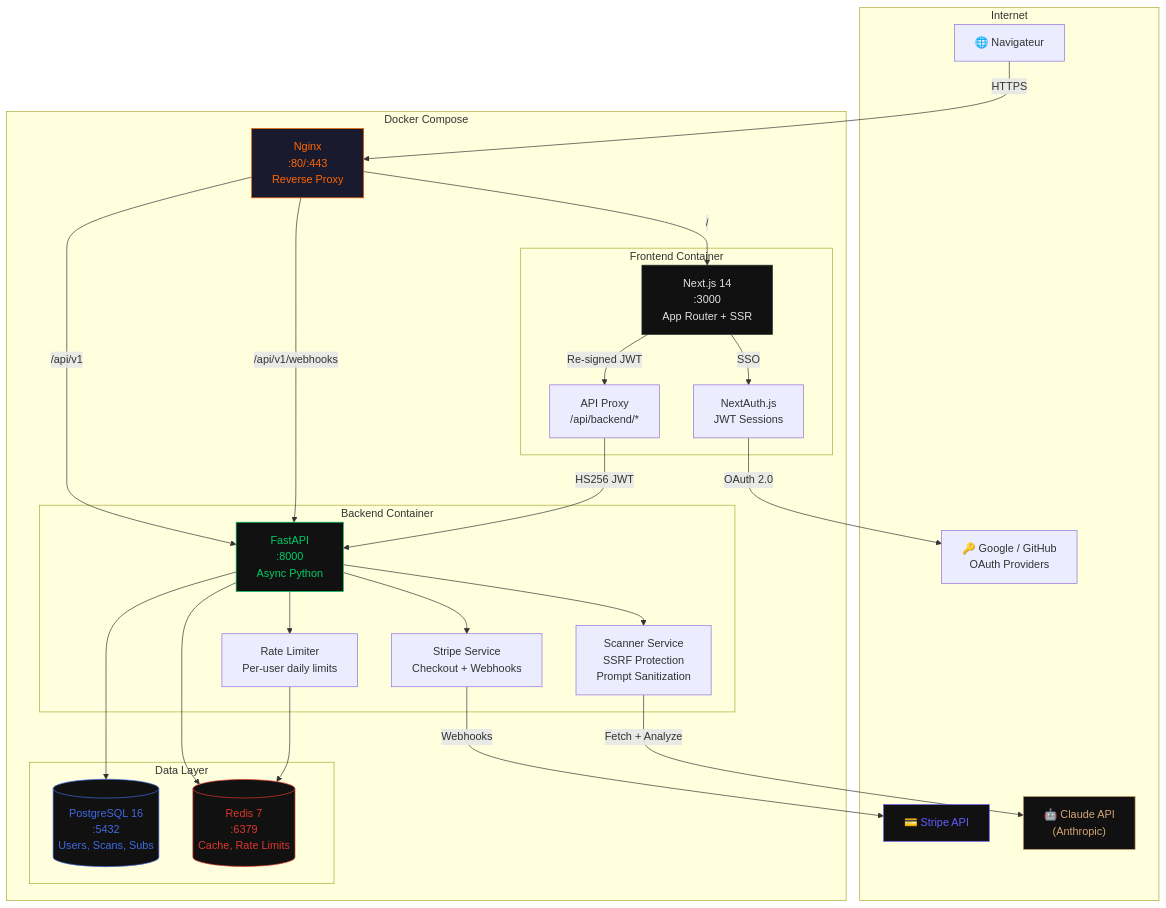
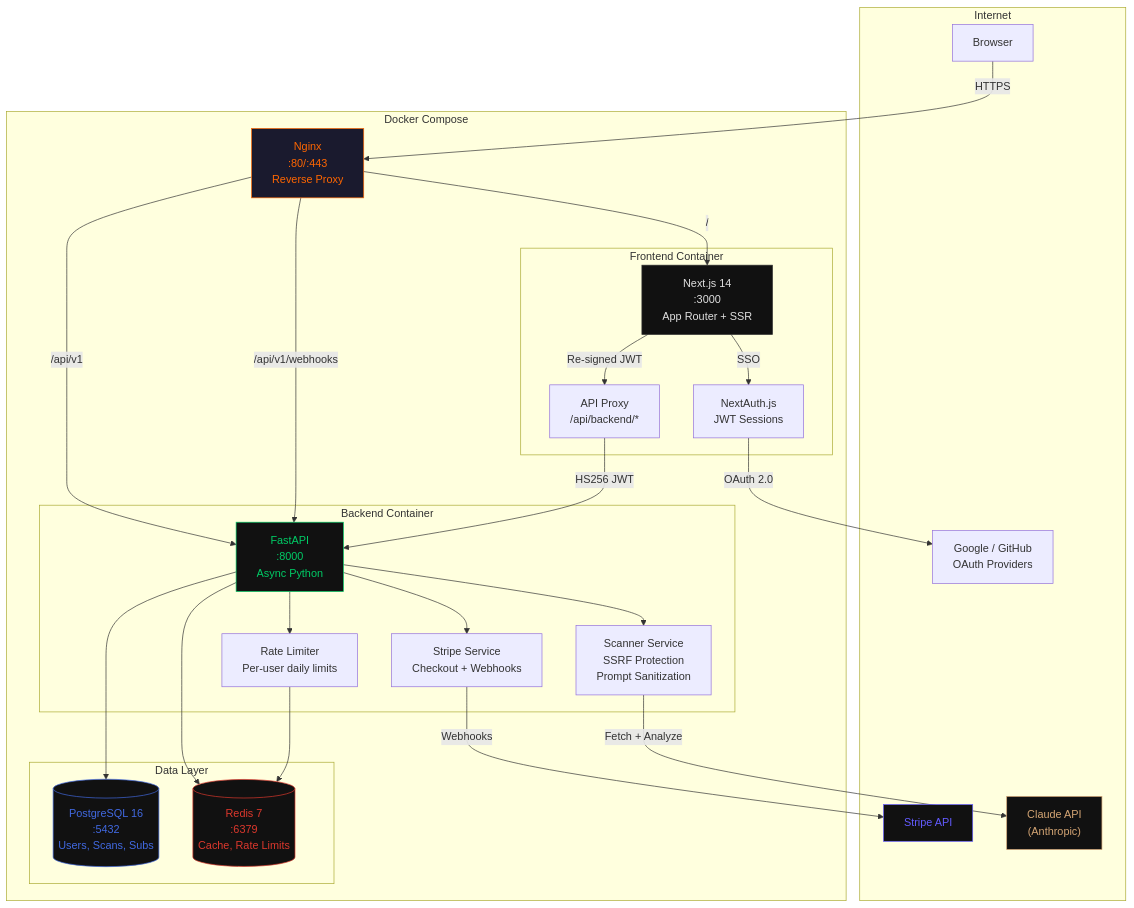
The first of 9 diagrams in docs/ARCHITECTURE.md (nabz0r/deadinternet.report), drawn with Mermaid before and after one commit. The commit also changed other lines of this file and 17 other files, not shown here.

````diff
--- a/docs/ARCHITECTURE.md
+++ b/docs/ARCHITECTURE.md
@@ -9,60 +9,60 @@
 ```mermaid
 graph TB
     subgraph Internet
-        Browser["🌐 Navigateur"]
-        Stripe["💳 Stripe API"]
-        Claude["🤖 Claude API<br/>(Anthropic)"]
-        OAuth["🔑 Google / GitHub<br/>OAuth Providers"]
+        Browser["Browser"]
+        Stripe["Stripe API"]
+        Claude["Claude API<br/>(Anthropic)"]
+        OAuth["Google / GitHub<br/>OAuth Providers"]
     end
 
     subgraph Docker["Docker Compose"]
         Nginx["Nginx<br/>:80/:443<br/>Reverse Proxy"]
 
         subgraph Frontend["Frontend Container"]
             Next["Next.js 14<br/>:3000<br/>App Router + SSR"]
             NextAuth["NextAuth.js<br/>JWT Sessions"]
             Proxy["API Proxy<br/>/api/backend/*"]
         end
 
         subgraph Backend["Backend Container"]
             FastAPI["FastAPI<br/>:8000<br/>Async Python"]
             Scanner["Scanner Service<br/>SSRF Protection<br/>Prompt Sanitization"]
             StripeService["Stripe Service<br/>Checkout + Webhooks"]
             RateLimiter["Rate Limiter<br/>Per-user daily limits"]
         end
 
         subgraph Data["Data Layer"]
             PG[("PostgreSQL 16<br/>:5432<br/>Users, Scans, Subs")]
             Redis[("Redis 7<br/>:6379<br/>Cache, Rate Limits")]
         end
     end
 
     Browser -->|HTTPS| Nginx
     Nginx -->|/| Next
     Nginx -->|/api/v1| FastAPI
     Nginx -->|/api/v1/webhooks| FastAPI
 
     Next -->|SSO| NextAuth
     NextAuth -->|OAuth 2.0| OAuth
     Next -->|Re-signed JWT| Proxy
     Proxy -->|HS256 JWT| FastAPI
 
     FastAPI --> Scanner
     FastAPI --> StripeService
     FastAPI --> RateLimiter
 
     Scanner -->|Fetch + Analyze| Claude
     StripeService -->|Webhooks| Stripe
 
     FastAPI --> PG
     FastAPI --> Redis
     RateLimiter --> Redis
 
     style Nginx fill:#1a1a2e,color:#ff6600,stroke:#ff6600
     style Next fill:#111,color:#e0e0e0,stroke:#333
     style FastAPI fill:#111,color:#00cc66,stroke:#00cc66
     style PG fill:#111,color:#4169E1,stroke:#4169E1
     style Redis fill:#111,color:#DC382D,stroke:#DC382D
     style Claude fill:#111,color:#d4a574,stroke:#d4a574
     style Stripe fill:#111,color:#635BFF,stroke:#635BFF
 ```
````
